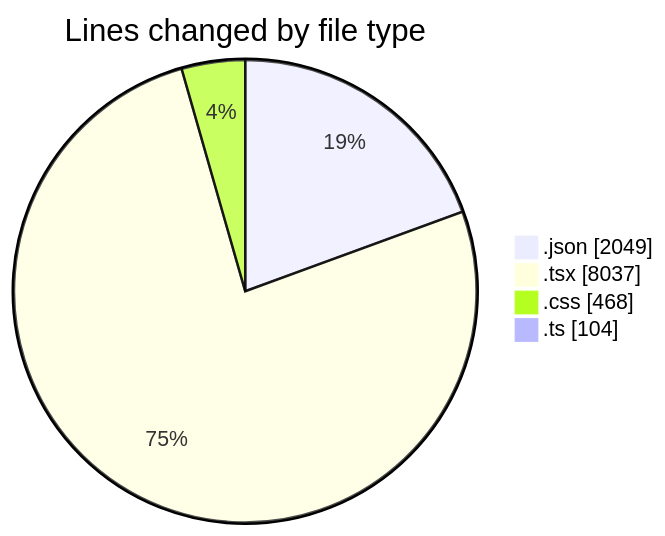
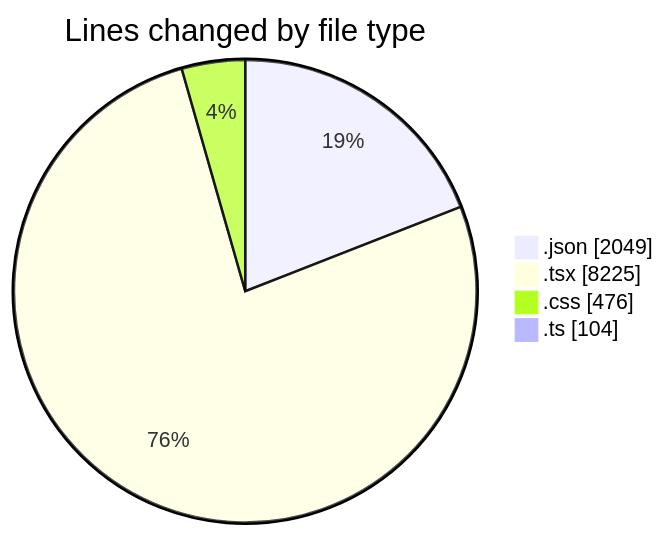
One commit to EIIisD/code-tracking changed the first of 2 diagrams in 2025-08-14/ribbon/README.md. Above: the diagram before and after it, drawn with Mermaid. The commit also changed other lines of this file and 1 other file, not shown here.

````diff
--- a/2025-08-14/ribbon/README.md
+++ b/2025-08-14/ribbon/README.md
@@ -33,8 +34,8 @@
 ```mermaid
 pie showData
 title Lines changed by file type
 ".json" : 2049
-".tsx" : 8037
-".css" : 468
+".tsx" : 8225
+".css" : 476
 ".ts" : 104
 ```
````
